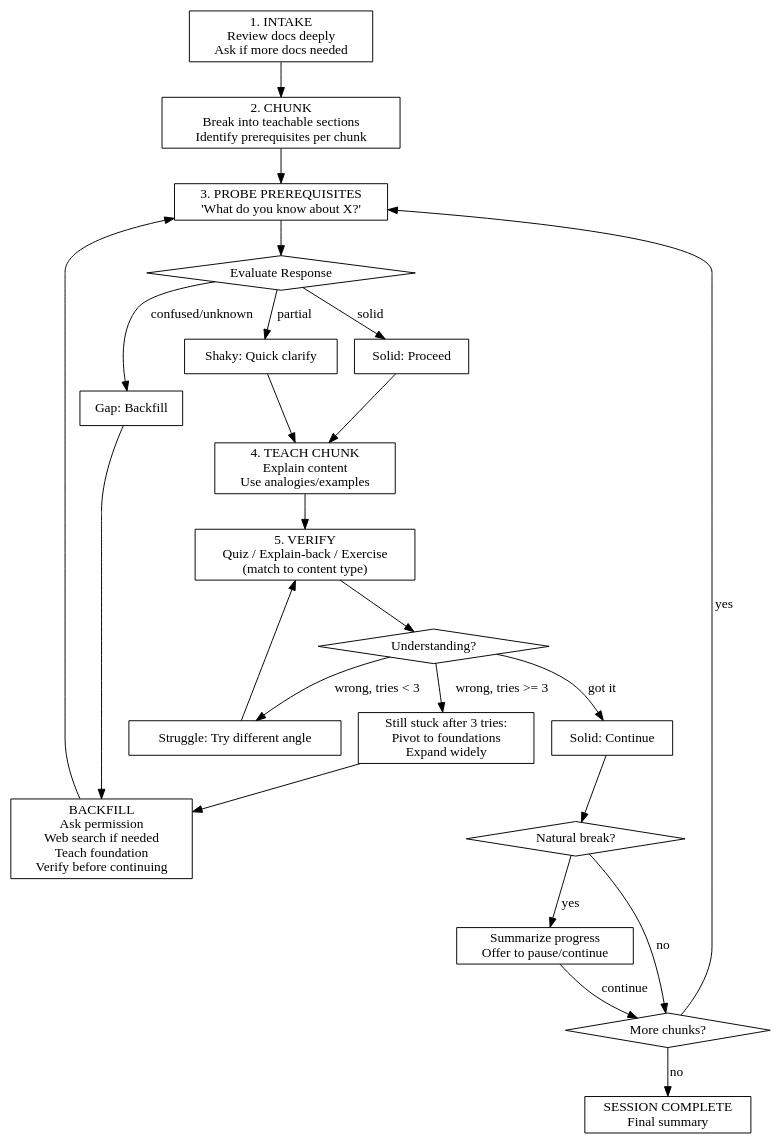
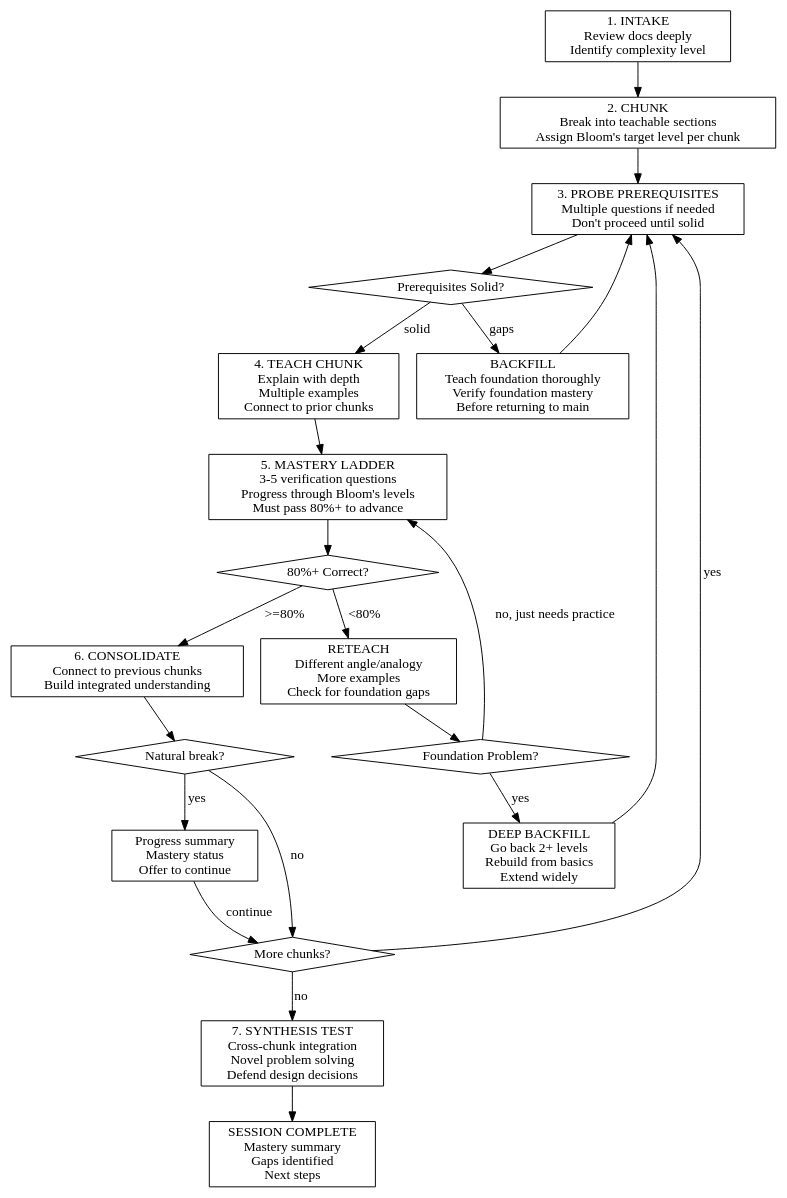
The diagram in teach/SKILL.md (adamos486/skills), drawn with Graphviz before and after one commit. The commit also changed other lines of this file and 3 other files, not shown here.

Commit message:
Adding in depth mastery teaching to the experiment.

````diff
--- a/teach/SKILL.md
+++ b/teach/SKILL.md
@@ -21,55 +31,55 @@
 ```dot
 digraph teach_flow {
     rankdir=TB;
     node [shape=box];
 
-    intake [label="1. INTAKE\nReview docs deeply\nAsk if more docs needed"];
-    chunk [label="2. CHUNK\nBreak into teachable sections\nIdentify prerequisites per chunk"];
-    probe [label="3. PROBE PREREQUISITES\n'What do you know about X?'"];
+    intake [label="1. INTAKE\nReview docs deeply\nIdentify complexity level"];
+    chunk [label="2. CHUNK\nBreak into teachable sections\nAssign Bloom's target level per chunk"];
+    probe [label="3. PROBE PREREQUISITES\nMultiple questions if needed\nDon't proceed until solid"];
 
-    assess [label="Evaluate Response" shape=diamond];
-    solid [label="Solid: Proceed"];
-    shaky [label="Shaky: Quick clarify"];
-    gap [label="Gap: Backfill"];
+    assess [label="Prerequisites Solid?" shape=diamond];
+    backfill [label="BACKFILL\nTeach foundation thoroughly\nVerify foundation mastery\nBefore returning to main"];
 
-    backfill [label="BACKFILL\nAsk permission\nWeb search if needed\nTeach foundation\nVerify before continuing"];
+    teach_chunk [label="4. TEACH CHUNK\nExplain with depth\nMultiple examples\nConnect to prior chunks"];
 
-    teach_chunk [label="4. TEACH CHUNK\nExplain content\nUse analogies/examples"];
+    mastery [label="5. MASTERY LADDER\n3-5 verification questions\nProgress through Bloom's levels\nMust pass 80%+ to advance"];
 
-    verify [label="5. VERIFY\nQuiz / Explain-back / Exercise\n(match to content type)"];
+    mastery_check [label="80%+ Correct?" shape=diamond];
+    reteach [label="RETEACH\nDifferent angle/analogy\nMore examples\nCheck for foundation gaps"];
 
-    verify_check [label="Understanding?" shape=diamond];
-    pass [label="Solid: Continue"];
-    retry [label="Struggle: Try different angle"];
-    pivot [label="Still stuck after 3 tries:\nPivot to foundations\nExpand widely"];
+    foundation_check [label="Foundation Problem?" shape=diamond];
+    deep_backfill [label="DEEP BACKFILL\nGo back 2+ levels\nRebuild from basics\nExtend widely"];
+
+    consolidate [label="6. CONSOLIDATE\nConnect to previous chunks\nBuild integrated understanding"];
 
     break_check [label="Natural break?" shape=diamond];
-    offer_pause [label="Summarize progress\nOffer to pause/continue"];
+    offer_pause [label="Progress summary\nMastery status\nOffer to continue"];
 
     more_chunks [label="More chunks?" shape=diamond];
-    complete [label="SESSION COMPLETE\nFinal summary"];
+    synthesis [label="7. SYNTHESIS TEST\nCross-chunk integration\nNovel problem solving\nDefend design decisions"];
+
+    complete [label="SESSION COMPLETE\nMastery summary\nGaps identified\nNext steps"];
 
     intake -> chunk -> probe -> assess;
-    assess -> solid [label="solid"];
-    assess -> shaky [label="partial"];
-    assess -> gap [label="confused/unknown"];
-    solid -> teach_chunk;
-    shaky -> teach_chunk;
-    gap -> backfill -> probe;
+    assess -> teach_chunk [label="solid"];
+    assess -> backfill [label="gaps"];
+    backfill -> probe;
 
-    teach_chunk -> verify -> verify_check;
-    verify_check -> pass [label="got it"];
-    verify_check -> retry [label="wrong, tries < 3"];
-    verify_check -> pivot [label="wrong, tries >= 3"];
-    retry -> verify;
-    pivot -> backfill;
-    pass -> break_check;
+    teach_chunk -> mastery -> mastery_check;
+    mastery_check -> consolidate [label=">=80%"];
+    mastery_check -> reteach [label="<80%"];
+    reteach -> foundation_check;
+    foundation_check -> mastery [label="no, just needs practice"];
+    foundation_check -> deep_backfill [label="yes"];
+    deep_backfill -> probe;
 
+    consolidate -> break_check;
     break_check -> offer_pause [label="yes"];
     break_check -> more_chunks [label="no"];
     offer_pause -> more_chunks [label="continue"];
 
     more_chunks -> probe [label="yes"];
-    more_chunks -> complete [label="no"];
+    more_chunks -> synthesis [label="no"];
+    synthesis -> complete;
 }
 ```
````
